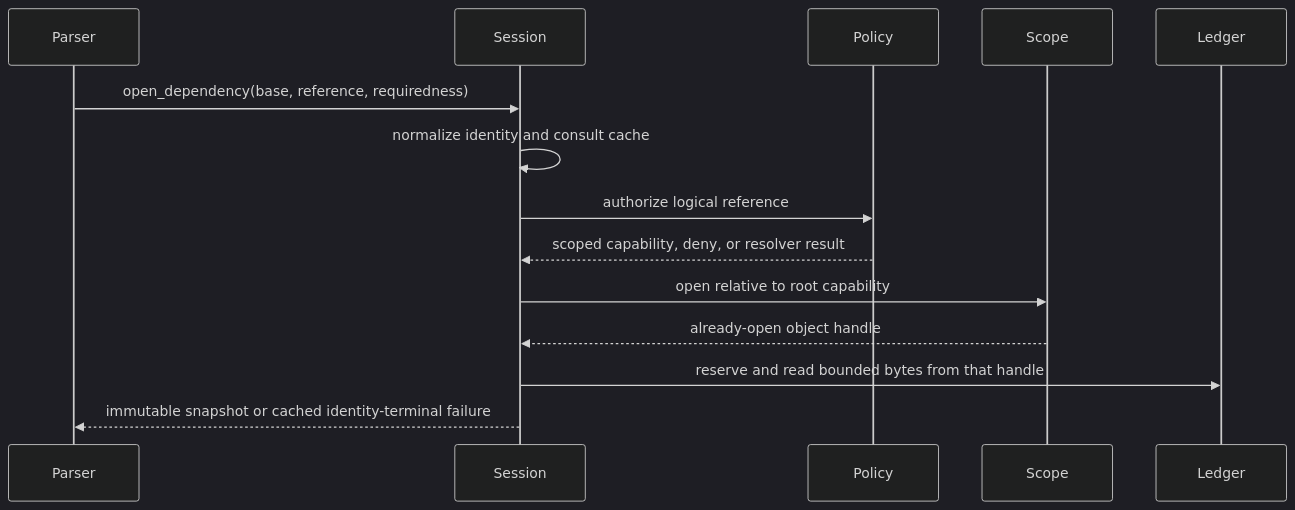
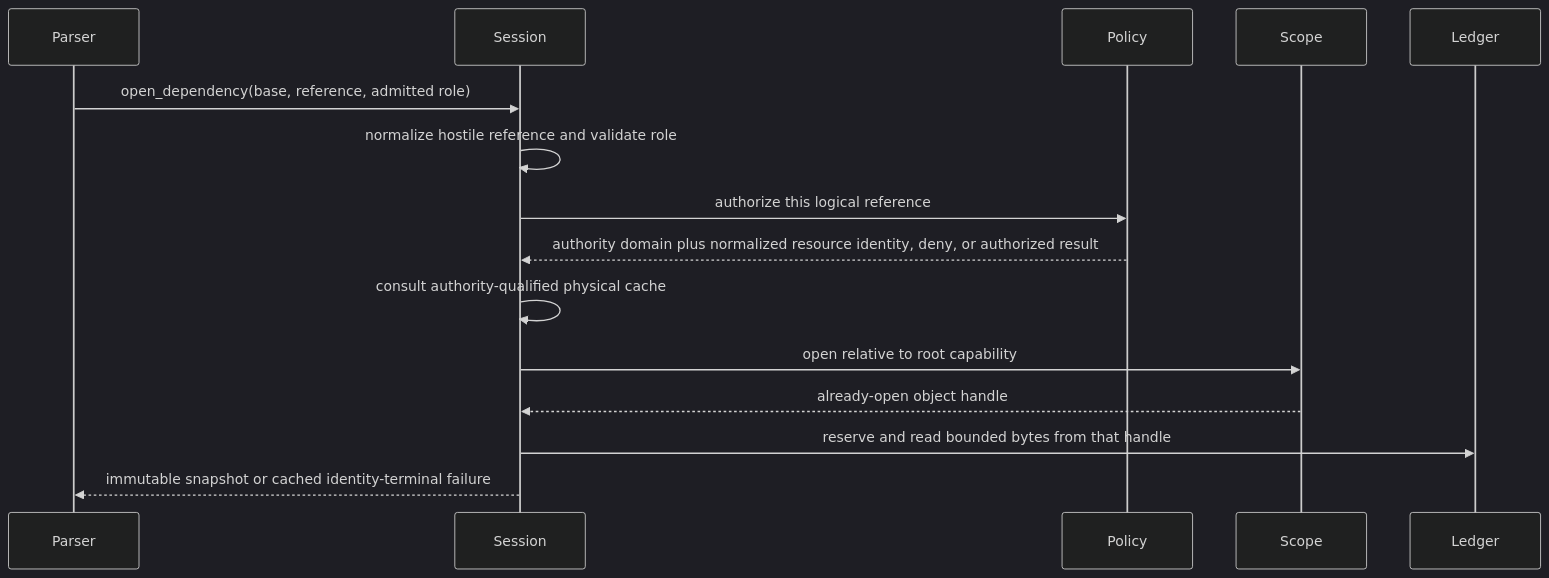
Before and after one commit to Latias94/baozi: the second of 2 diagrams in docs/adr/0010-asset-io-virtual-filesystem-uri-archive-and-path-security.md, drawn with Mermaid (dark theme). The commit also changed other lines of this file and 23 other files, not shown here.

First line of the commit message:
docs(architecture): align import governance and evidence

````diff
--- a/docs/adr/0010-asset-io-virtual-filesystem-uri-archive-and-path-security.md
+++ b/docs/adr/0010-asset-io-virtual-filesystem-uri-archive-and-path-security.md
@@ -95,17 +111,18 @@
 ```mermaid
 sequenceDiagram
     participant Parser
     participant Session
     participant Policy
     participant Scope
     participant Ledger
 
-    Parser->>Session: open_dependency(base, reference, requiredness)
-    Session->>Session: normalize identity and consult cache
-    Session->>Policy: authorize logical reference
-    Policy-->>Session: scoped capability, deny, or resolver result
+    Parser->>Session: open_dependency(base, reference, admitted role)
+    Session->>Session: normalize hostile reference and validate role
+    Session->>Policy: authorize this logical reference
+    Policy-->>Session: authority domain plus normalized resource identity, deny, or authorized result
+    Session->>Session: consult authority-qualified physical cache
     Session->>Scope: open relative to root capability
     Scope-->>Session: already-open object handle
     Session->>Ledger: reserve and read bounded bytes from that handle
     Session-->>Parser: immutable snapshot or cached identity-terminal failure
 ```
````
